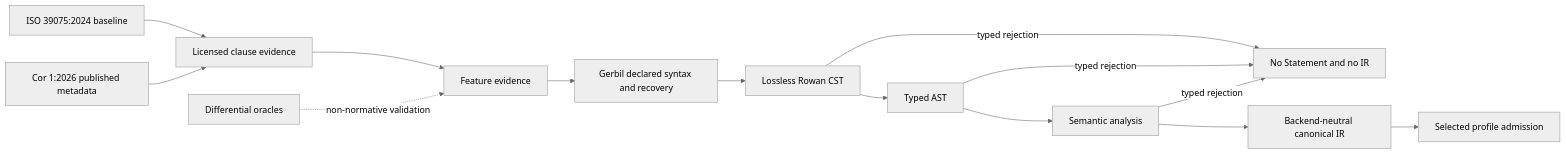
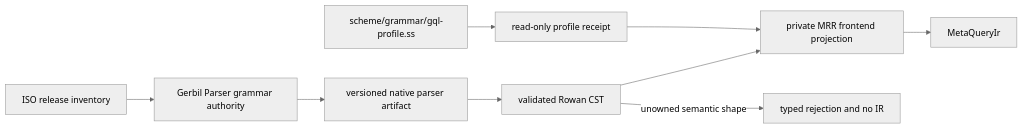
Before and after one commit to tao3k/meta-relational-reasoning: the diagram in docs/architecture/0024-iso-gql-language-profile.org, drawn with Mermaid (neutral theme). The commit also changed other lines of this file and 240 other files, not shown here.

Commit message:
refactor: finish parser-owned GQL migration

```diff
--- a/docs/architecture/0024-iso-gql-language-profile.org
+++ b/docs/architecture/0024-iso-gql-language-profile.org
@@ -40,16 +32,11 @@
 #+begin_src mermaid
 flowchart LR
-  S[ISO 39075:2024 baseline] --> E[Licensed clause evidence]
-  C[Cor 1:2026 published metadata] --> E
-  E --> F[Feature evidence]
-  O[Differential oracles] -. non-normative validation .-> F
-  F --> N[Gerbil declared syntax and recovery]
-  N --> R[Lossless Rowan CST]
-  R -->|typed rejection| X[No Statement and no IR]
-  R --> A[Typed AST]
-  A -->|typed rejection| X
-  A --> M[Semantic analysis]
-  M -->|typed rejection| X
-  M --> I[Backend-neutral canonical IR]
-  I --> P[Selected profile admission]
+  I[ISO release inventory] --> P[Gerbil Parser grammar authority]
+  P --> A[versioned native parser artifact]
+  A --> C[validated Rowan CST]
+  C --> F[private MRR frontend projection]
+  F --> M[MetaQueryIr]
+  C -->|unowned semantic shape| X[typed rejection and no IR]
+  S[scheme/grammar/gql-profile.ss] --> R[read-only profile receipt]
+  R --> F
 #+end_src
```
